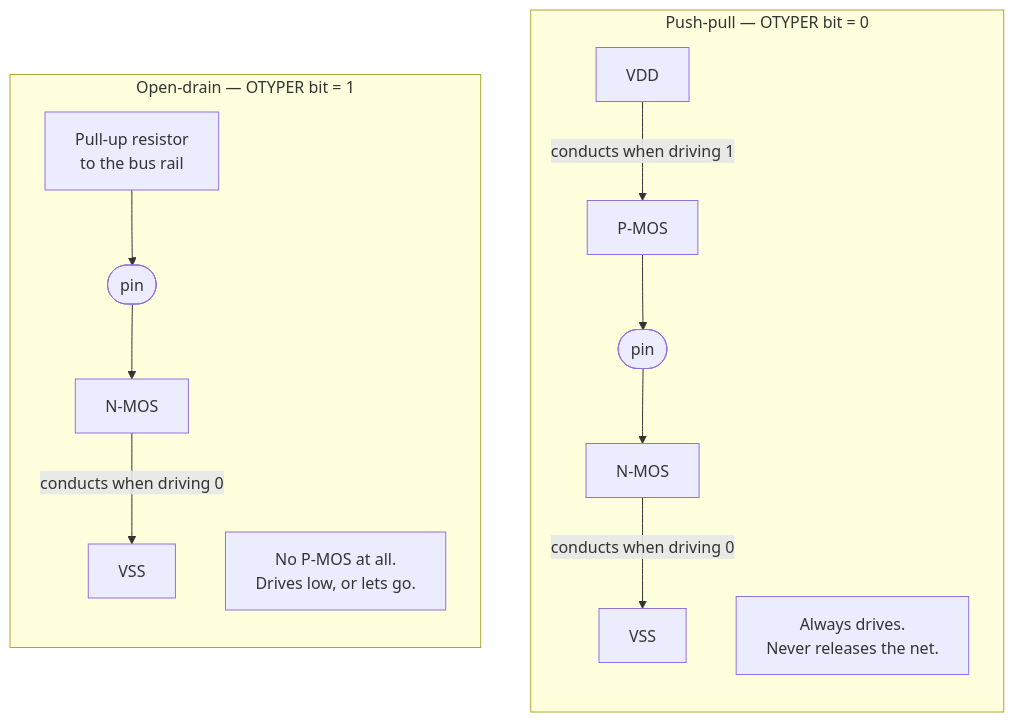
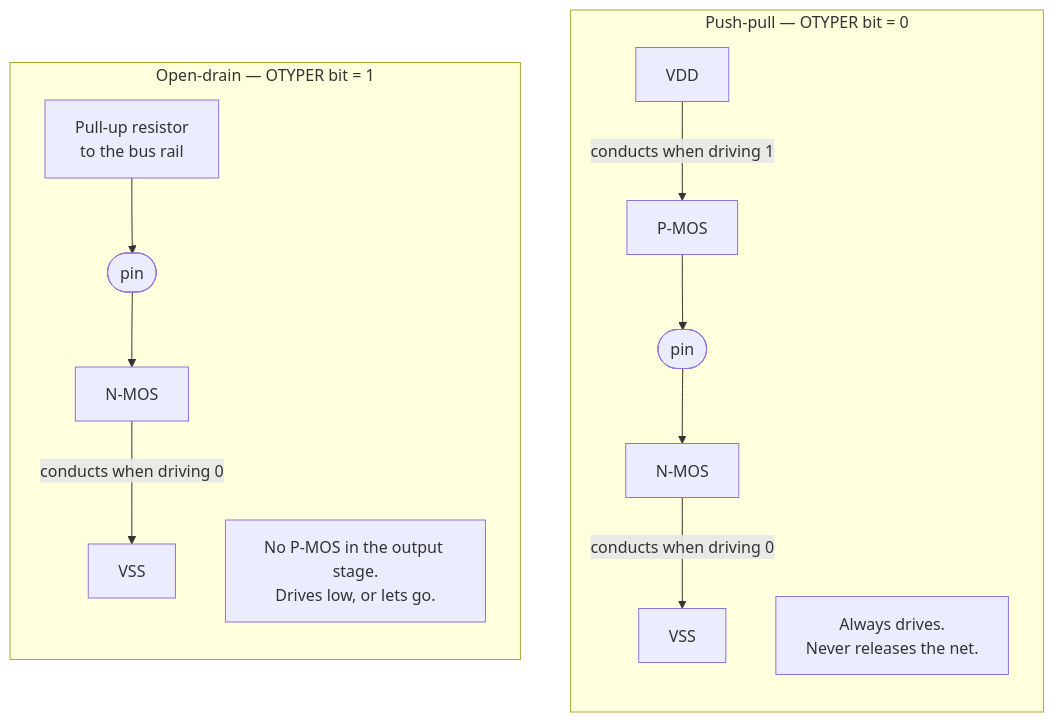
One commit to AndriiSonsiadlo/knowledge-base changed the second of 3 diagrams in docs/embedded/01-hardware-foundations/gpio-electrical-behaviour.md. Above: the diagram before and after it, drawn with Mermaid. The commit also changed other lines of this file and 5 other files, not shown here.

````diff
--- a/docs/embedded/01-hardware-foundations/gpio-electrical-behaviour.md
+++ b/docs/embedded/01-hardware-foundations/gpio-electrical-behaviour.md
@@ -48,18 +48,18 @@
 ```mermaid
 flowchart TB
     subgraph PP["Push-pull — OTYPER bit = 0"]
         direction TB
         VDDP["VDD"] -->|"conducts when driving 1"| PMOSP["P-MOS"]
         PMOSP --> PINP(["pin"])
         PINP --> NMOSP["N-MOS"]
         NMOSP -->|"conducts when driving 0"| VSSP["VSS"]
         NOTEP["Always drives.<br/>Never releases the net."]
     end
     subgraph OD["Open-drain — OTYPER bit = 1"]
         direction TB
         RPU["Pull-up resistor<br/>to the bus rail"] --> PIND(["pin"])
         PIND --> NMOSD["N-MOS"]
         NMOSD -->|"conducts when driving 0"| VSSD["VSS"]
-        NOTED["No P-MOS at all.<br/>Drives low, or lets go."]
+        NOTED["No P-MOS in the output stage.<br/>Drives low, or lets go."]
     end
 ```
````
